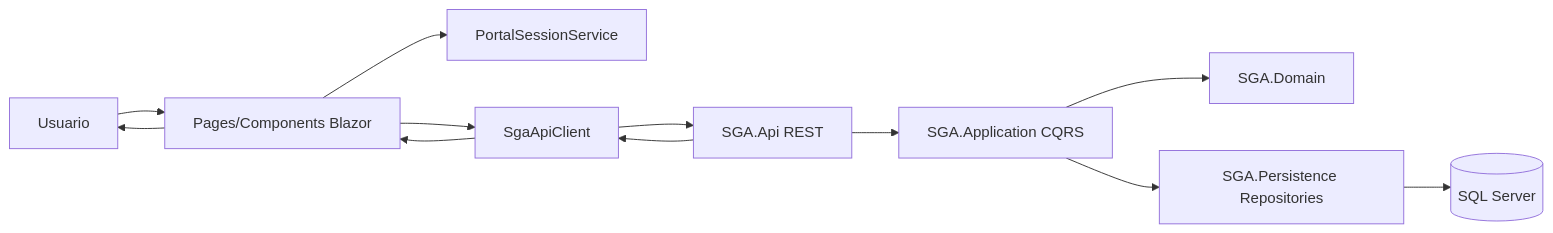
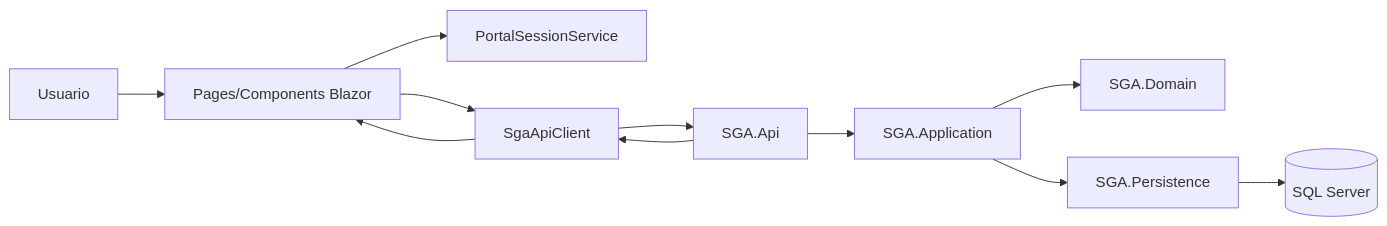
Before and after one commit to isaeltu/SGA: the diagram in docs/Informe_Integracion_UI_API.md, drawn with Mermaid. The commit also changed other lines of this file and 2 other files, not shown here.

````diff
--- a/docs/Informe_Integracion_UI_API.md
+++ b/docs/Informe_Integracion_UI_API.md
@@ -42,14 +30,13 @@
 ```mermaid
 flowchart LR
   U[Usuario] --> P[Pages/Components Blazor]
   P --> PS[PortalSessionService]
-  P --> AS[SgaApiClient]
-  AS --> API[SGA.Api REST]
-  API --> APP[SGA.Application CQRS]
-  APP --> D[SGA.Domain]
-  APP --> R[SGA.Persistence Repositories]
-  R --> DB[(SQL Server)]
-  API --> AS
-  AS --> P
-  P --> U
+  P --> SC[SgaApiClient]
+  SC --> API[SGA.Api]
+  API --> APP[SGA.Application]
+  APP --> DOM[SGA.Domain]
+  APP --> PER[SGA.Persistence]
+  PER --> DB[(SQL Server)]
+  API --> SC
+  SC --> P
 ```
````
